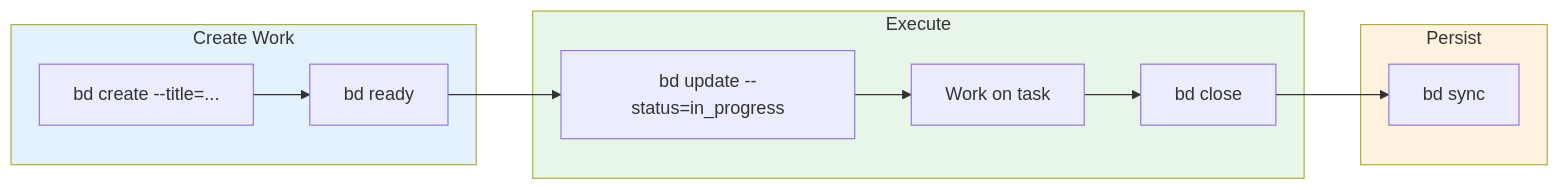
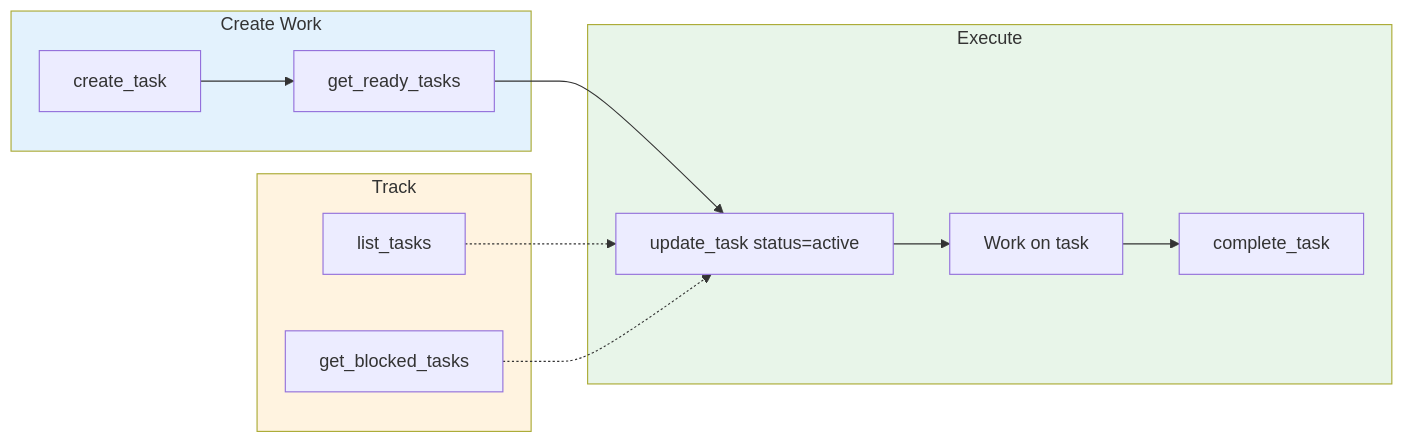
The diagram in aops-core/specs/work-management.md (nicsuzor/academicOps), drawn with Mermaid before and after one commit. The commit also changed other lines of this file and 26 other files, not shown here.

````diff
--- a/aops-core/specs/work-management.md
+++ b/aops-core/specs/work-management.md
@@ -5,23 +5,26 @@
 ```mermaid
 flowchart LR
     subgraph CREATE["Create Work"]
-        C1[bd create --title=...]
-        C2[bd ready]
+        C1[create_task]
+        C2[get_ready_tasks]
     end
 
     subgraph EXECUTE["Execute"]
-        E1[bd update --status=in_progress]
+        E1[update_task status=active]
         E2[Work on task]
-        E3[bd close]
+        E3[complete_task]
     end
 
-    subgraph SYNC["Persist"]
-        S1[bd sync]
+    subgraph TRACK["Track"]
+        T1[list_tasks]
+        T2[get_blocked_tasks]
     end
 
-    C1 --> C2 --> E1 --> E2 --> E3 --> S1
+    C1 --> C2 --> E1 --> E2 --> E3
+    T1 -.-> E1
+    T2 -.-> E1
 
     style CREATE fill:#e3f2fd
     style EXECUTE fill:#e8f5e9
-    style SYNC fill:#fff3e0
+    style TRACK fill:#fff3e0
 ```
````
